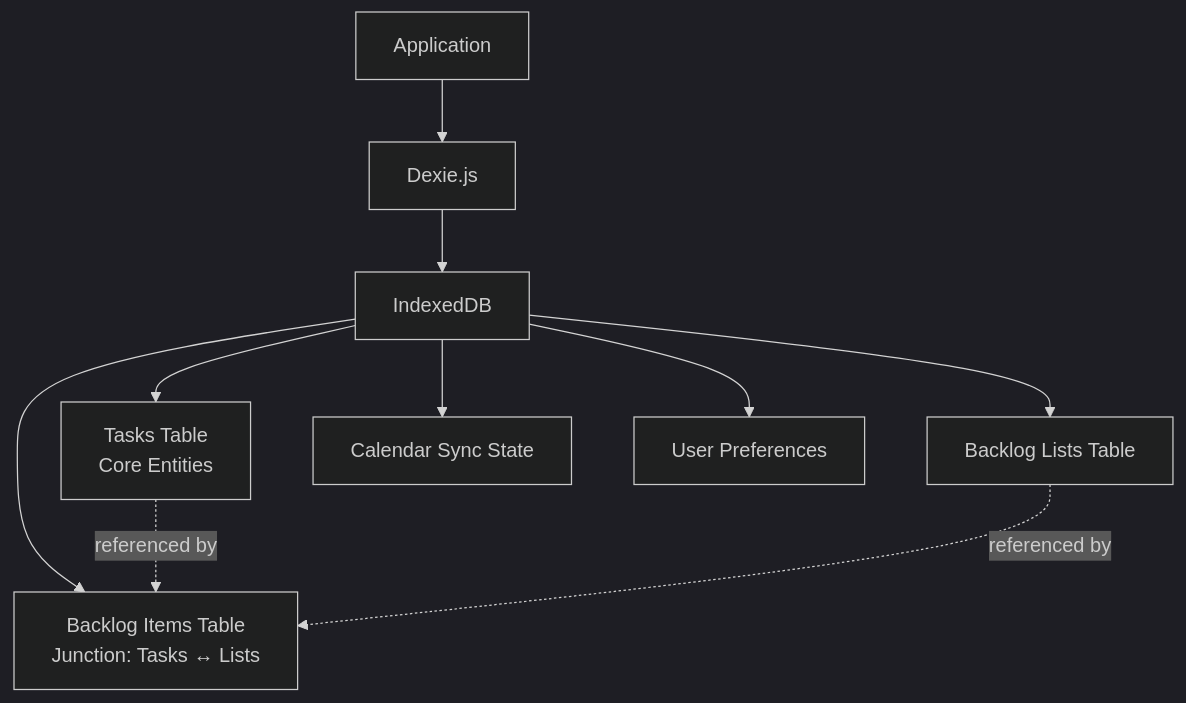
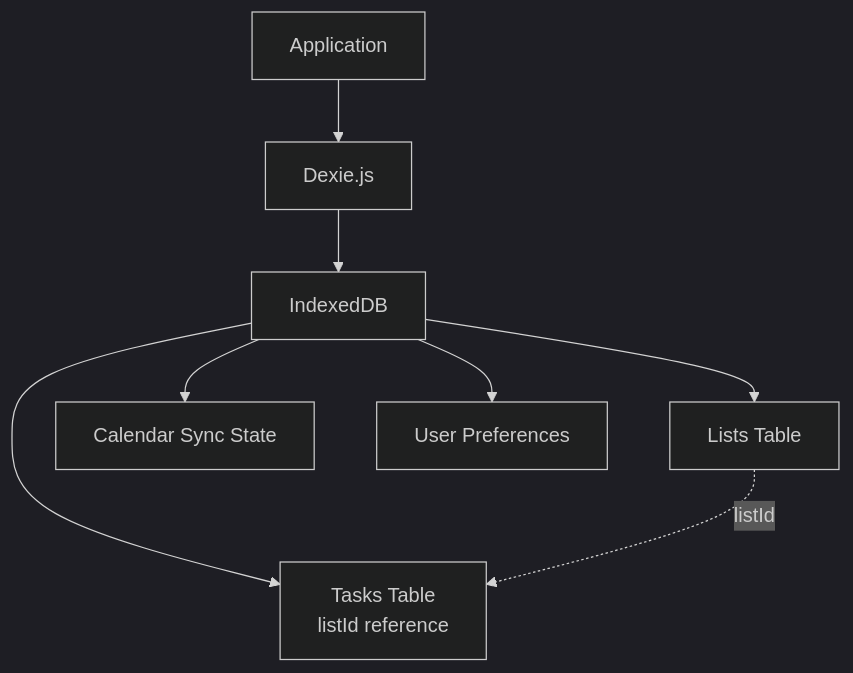
One commit to awkwardengineer/time-blocker changed the second of 5 diagrams in 2-technical-requirements/technical-architecture.md. Above: the diagram before and after it, drawn with Mermaid (dark theme). The commit also changed other lines of this file and 27 other files, not shown here.

````diff
--- a/2-technical-requirements/technical-architecture.md
+++ b/2-technical-requirements/technical-architecture.md
@@ -42,14 +42,12 @@
 ```mermaid
 graph TB
     App[Application] --> Dexie[Dexie.js]
     Dexie --> IndexedDB[IndexedDB]
     
-    IndexedDB --> Tasks[Tasks Table<br/>Core Entities]
-    IndexedDB --> BacklogLists[Backlog Lists Table]
-    IndexedDB --> BacklogItems[Backlog Items Table<br/>Junction: Tasks ↔ Lists]
+    IndexedDB --> Lists[Lists Table]
+    IndexedDB --> Tasks[Tasks Table<br/>listId reference]
     IndexedDB --> CalendarState[Calendar Sync State]
     IndexedDB --> UserPrefs[User Preferences]
     
-    Tasks -.->|referenced by| BacklogItems
-    BacklogLists -.->|referenced by| BacklogItems
+    Lists -.->|listId| Tasks
 ```
````
